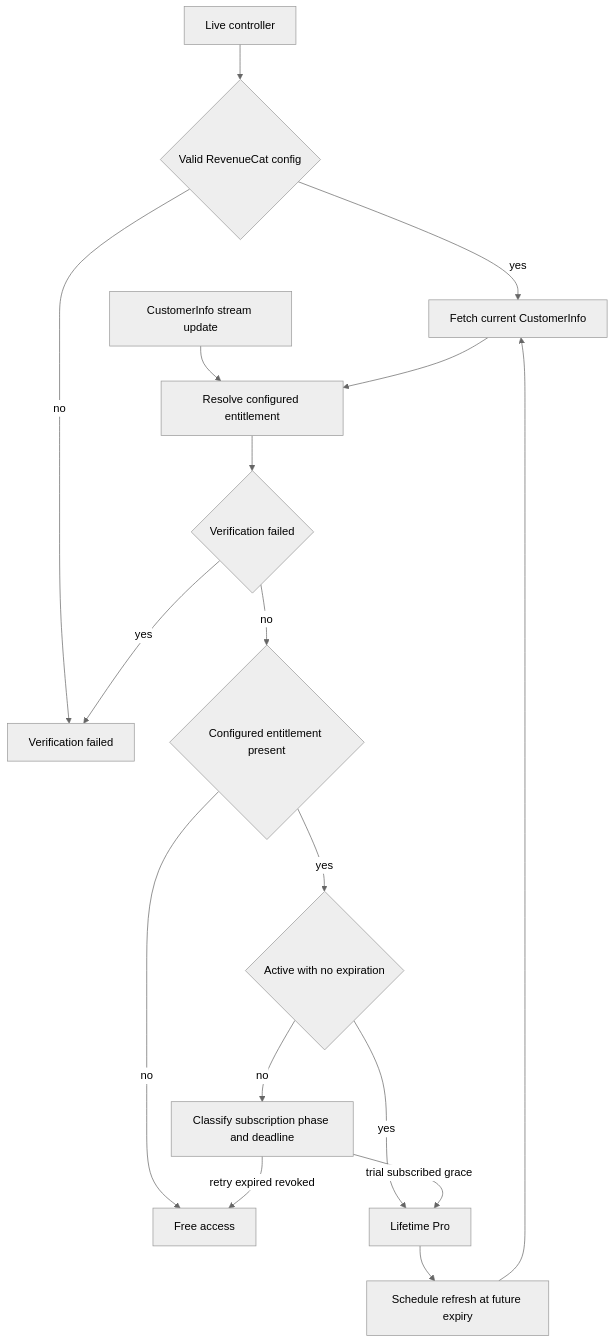
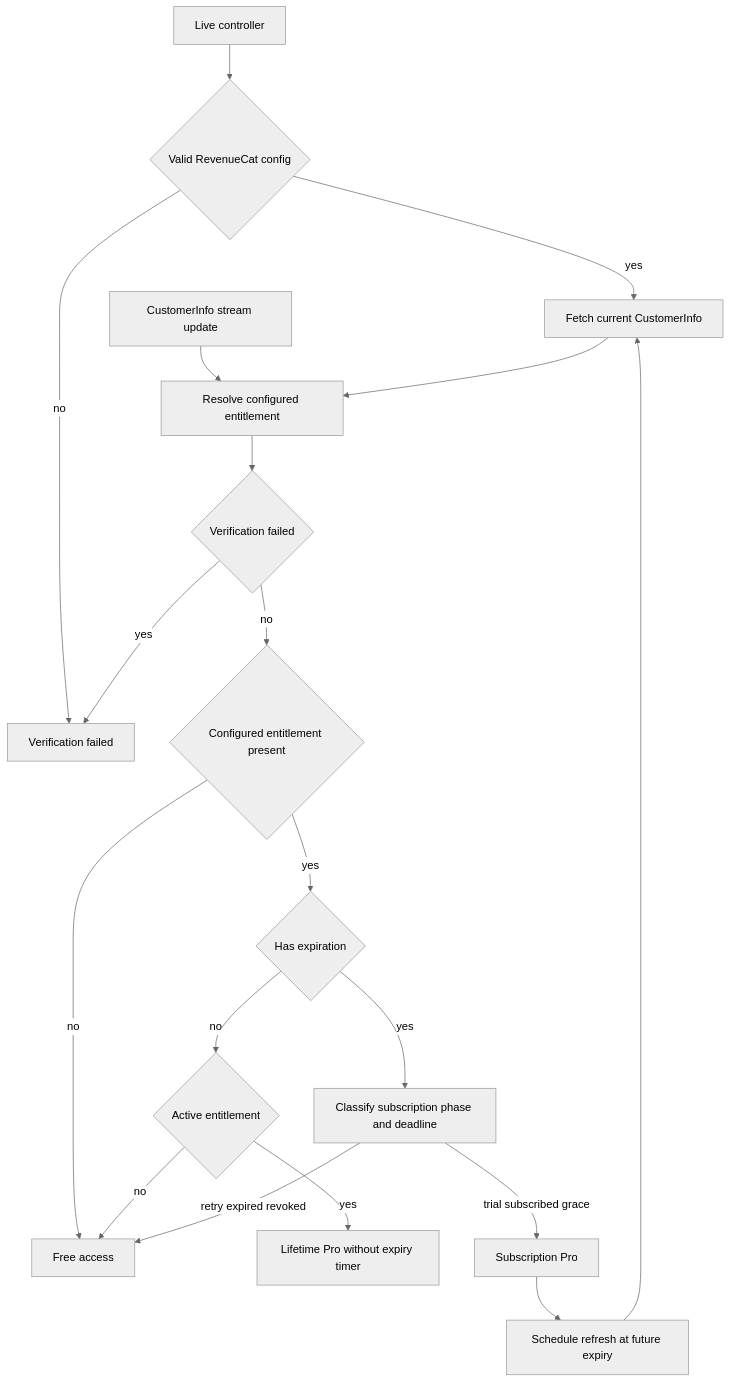
Before and after one commit to AkinoKaede/Termind: the first of 4 diagrams in openwiki/concepts/commerce-localization-and-product-surfaces.md, drawn with Mermaid (neutral theme). The commit also changed other lines of this file and 68 other files, not shown here.

````diff
--- a/openwiki/concepts/commerce-localization-and-product-surfaces.md
+++ b/openwiki/concepts/commerce-localization-and-product-surfaces.md
@@ -147,19 +147,21 @@
 ```mermaid
 flowchart TD
     Start["Live controller"] --> Config{"Valid RevenueCat config"}
     Config -->|no| Unverified["Verification failed"]
     Config -->|yes| Fetch["Fetch current CustomerInfo"]
     Stream["CustomerInfo stream update"] --> Resolve["Resolve configured entitlement"]
     Fetch --> Resolve
     Resolve --> Verify{"Verification failed"}
     Verify -->|yes| Unverified
     Verify -->|no| Present{"Configured entitlement present"}
     Present -->|no| Free["Free access"]
-    Present -->|yes| Lifetime{"Active with no expiration"}
-    Lifetime -->|yes| Pro["Lifetime Pro"]
-    Lifetime -->|no| Phase["Classify subscription phase and deadline"]
-    Phase -->|trial subscribed grace| Pro
+    Present -->|yes| Expiration{"Has expiration"}
+    Expiration -->|no| Active{"Active entitlement"}
+    Active -->|yes| LifetimePro["Lifetime Pro without expiry timer"]
+    Active -->|no| Free
+    Expiration -->|yes| Phase["Classify subscription phase and deadline"]
+    Phase -->|trial subscribed grace| SubscriptionPro["Subscription Pro"]
     Phase -->|retry expired revoked| Free
-    Pro --> Timer["Schedule refresh at future expiry"]
+    SubscriptionPro --> Timer["Schedule refresh at future expiry"]
     Timer --> Fetch
 ```
````
